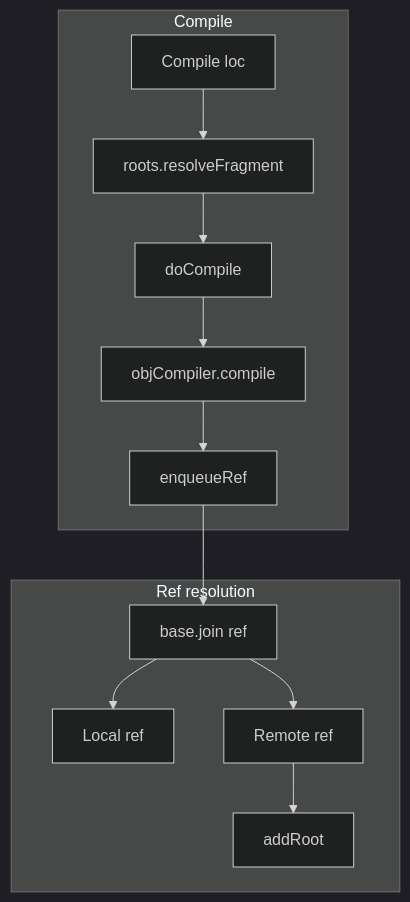
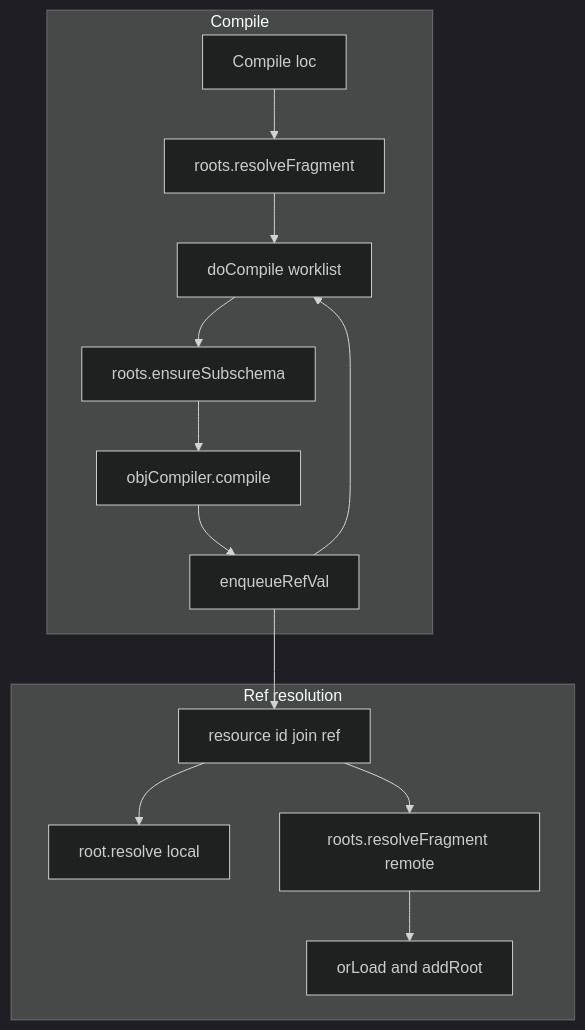
The second of 2 diagrams in research/reports/go/santhosh-tekuri-jsonschema.md (goddtriffin/json-schema-rs), drawn with Mermaid (dark theme) before and after one commit. The commit also changed other lines of this file and 51 other files, not shown here.

````diff
--- a/research/reports/go/santhosh-tekuri-jsonschema.md
+++ b/research/reports/go/santhosh-tekuri-jsonschema.md
@@ -128,24 +136,27 @@
 ```mermaid
 flowchart TB
   subgraph compile [Compile]
-    CompileLoc[Compile loc]
-    ResolveFrag[roots.resolveFragment]
-    DoCompile[doCompile]
-    ObjCompile[objCompiler.compile]
-    EnqueueRef["enqueueRef"]
+    CompileLoc["Compile loc"]
+    ResolveFrag["roots.resolveFragment"]
+    DoCompile["doCompile worklist"]
+    EnsureSub["roots.ensureSubschema"]
+    ObjCompile["objCompiler.compile"]
+    EnqueueRef["enqueueRefVal"]
+    CompileLoc --> ResolveFrag
     ResolveFrag --> DoCompile
-    CompileLoc --> ResolveFrag
-    DoCompile --> ObjCompile
+    DoCompile --> EnsureSub
+    EnsureSub --> ObjCompile
     ObjCompile --> EnqueueRef
+    EnqueueRef --> DoCompile
   end
   subgraph refs [Ref resolution]
-    JoinBase[base.join ref]
-    LocalRef[Local ref]
-    RemoteRef[Remote ref]
-    AddRoot[addRoot]
+    JoinBase["resource id join ref"]
+    LocalRef["root.resolve local"]
+    RemoteRef["roots.resolveFragment remote"]
+    AddRoot["orLoad and addRoot"]
     EnqueueRef --> JoinBase
     JoinBase --> LocalRef
     JoinBase --> RemoteRef
     RemoteRef --> AddRoot
   end
 ```
````
